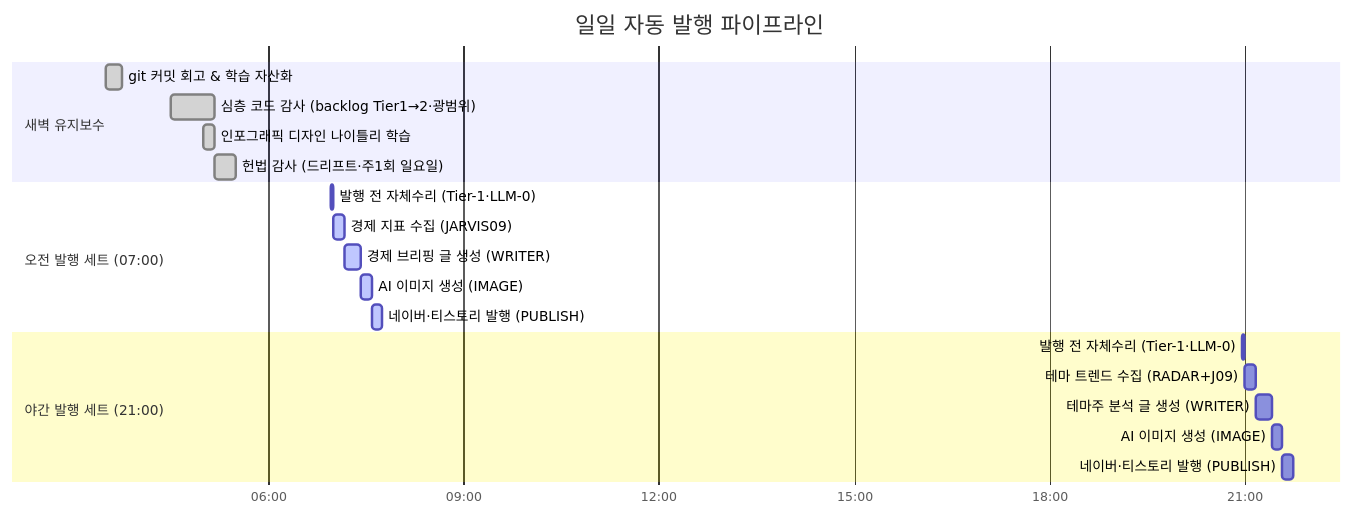
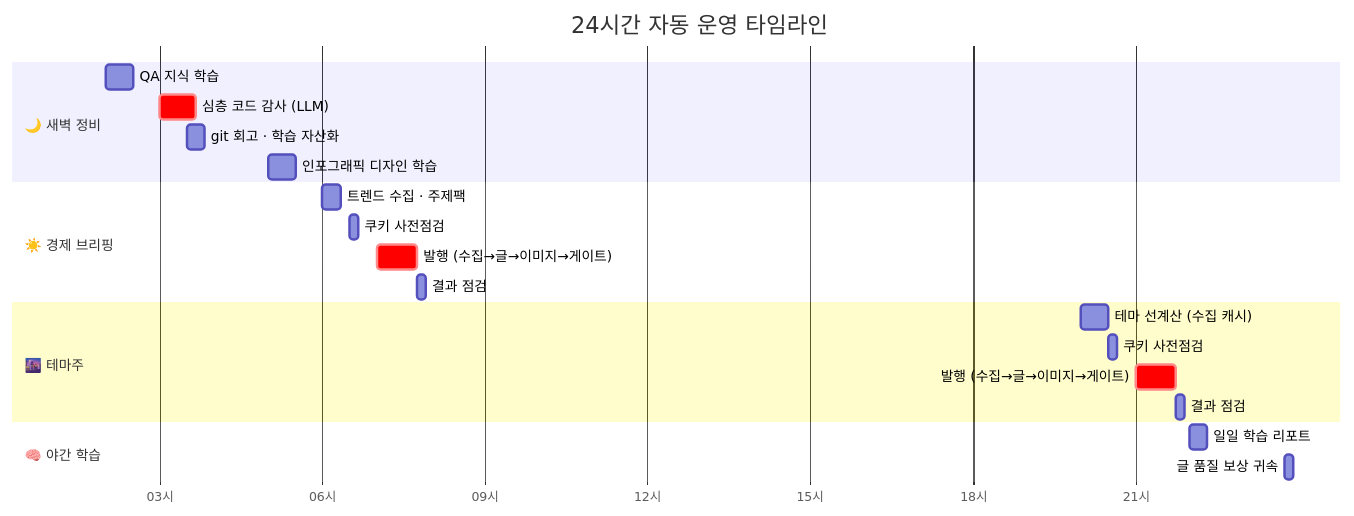
Before and after one commit to youandi3535/jarvis-agent: the third of 6 diagrams in README.md, drawn with Mermaid. The commit also changed other lines of this file and 3 other files, not shown here.

````diff
--- a/README.md
+++ b/README.md
@@ -191,26 +128,28 @@
 ```mermaid
 gantt
-    title 일일 자동 발행 파이프라인
+    title 24시간 자동 운영 타임라인
     dateFormat HH:mm
-    axisFormat %H:%M
+    axisFormat %H시
 
-    section 새벽 유지보수
-        git 커밋 회고 & 학습 자산화          :done, 03:30, 15m
-        심층 코드 감사 (backlog Tier1→2·광범위) :done, 04:30, 40m
-        인포그래픽 디자인 나이틀리 학습        :done, 05:00, 10m
-        헌법 감사 (드리프트·주1회 일요일)      :done, 05:10, 20m
+    section 🌙 새벽 정비
+        QA 지식 학습              :02:00, 30m
+        심층 코드 감사 (LLM)       :crit, 03:00, 40m
+        git 회고 · 학습 자산화      :03:30, 20m
+        인포그래픽 디자인 학습      :05:00, 30m
 
-    section 오전 발행 세트 (07:00)
-        발행 전 자체수리 (Tier-1·LLM-0)    :active, 06:58, 2m
-        경제 지표 수집 (JARVIS09)       :active, 07:00, 10m
-        경제 브리핑 글 생성 (WRITER)    :active, 07:10, 15m
-        AI 이미지 생성 (IMAGE)          :active, 07:25, 10m
-        네이버·티스토리 발행 (PUBLISH)  :active, 07:35, 10m
+    section ☀️ 경제 브리핑
+        트렌드 수집 · 주제팩        :06:00, 20m
+        쿠키 사전점검              :06:30, 10m
+        발행 (수집→글→이미지→게이트) :crit, 07:00, 45m
+        결과 점검                  :07:45, 10m
 
-    section 야간 발행 세트 (21:00)
-        발행 전 자체수리 (Tier-1·LLM-0)    :20:58, 2m
-        테마 트렌드 수집 (RADAR+J09)    :21:00, 10m
-        테마주 분석 글 생성 (WRITER)    :21:10, 15m
-        AI 이미지 생성 (IMAGE)          :21:25, 10m
-        네이버·티스토리 발행 (PUBLISH)  :21:35, 10m
+    section 🌆 테마주
+        테마 선계산 (수집 캐시)     :20:00, 30m
+        쿠키 사전점검              :20:30, 10m
+        발행 (수집→글→이미지→게이트) :crit, 21:00, 45m
+        결과 점검                  :21:45, 10m
+
+    section 🧠 야간 학습
+        일일 학습 리포트           :22:00, 20m
+        글 품질 보상 귀속          :23:45, 10m
 ```
````
